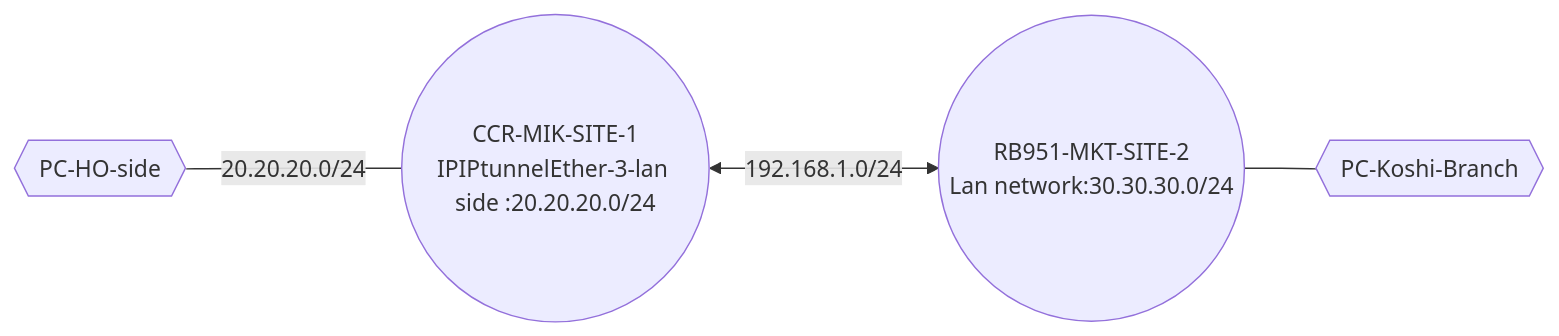
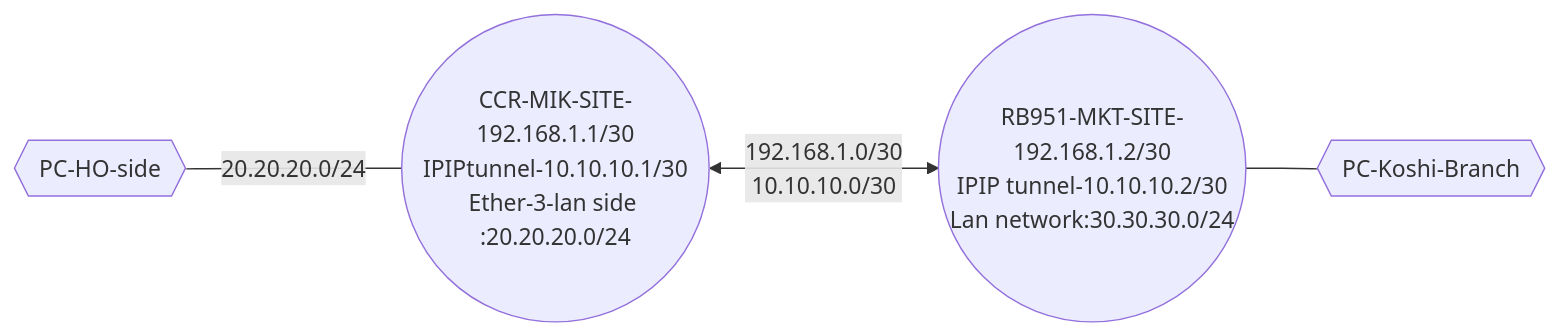
Before and after one commit to Rajeev-Tamang/Mikrotik_MTCNA_MTCRE_MTCSE: the second of 2 diagrams in MTCRE/MTCRE.md, drawn with Mermaid.

````diff
--- a/MTCRE/MTCRE.md
+++ b/MTCRE/MTCRE.md
@@ -25,4 +25,4 @@
 ```mermaid
 graph LR
-PC1{{PC-HO-side}}---|20.20.20.0/24|Mikrotik1((CCR-MIK-SITE-1<br>IPIPtunnelEther-3-lan side :20.20.20.0/24))<-->|192.168.1.0/24|Mikrotik2((RB951-MKT-SITE-2<br>Lan network:30.30.30.0/24))---PC{{PC-Koshi-Branch}}
+PC1{{PC-HO-side}}---|20.20.20.0/24|Mikrotik1((CCR-MIK-SITE-192.168.1.1/30<br>IPIPtunnel-10.10.10.1/30<br>Ether-3-lan side :20.20.20.0/24))<-->|192.168.1.0/30<br>10.10.10.0/30|Mikrotik2((RB951-MKT-SITE-192.168.1.2/30<br>IPIP tunnel-10.10.10.2/30<br>Lan network:30.30.30.0/24))---PC{{PC-Koshi-Branch}}
   ```
````
